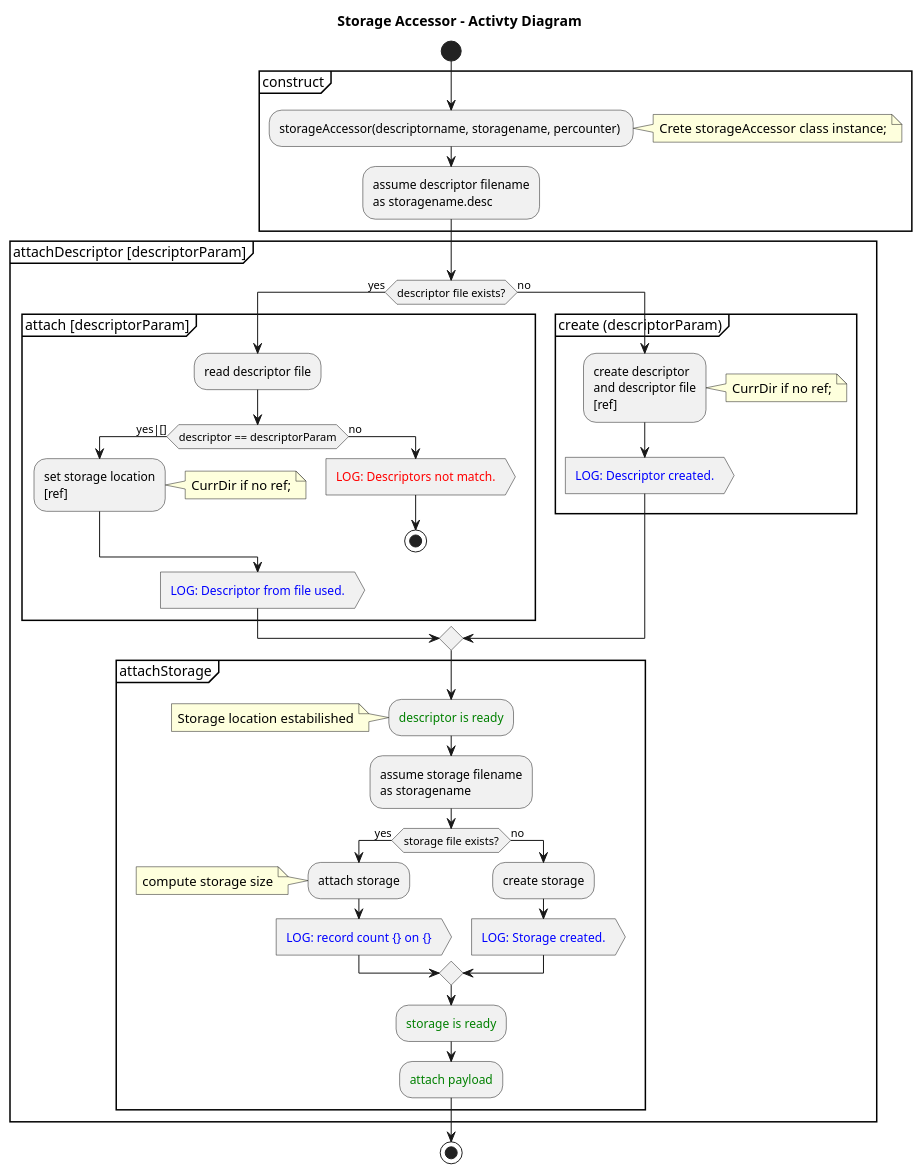
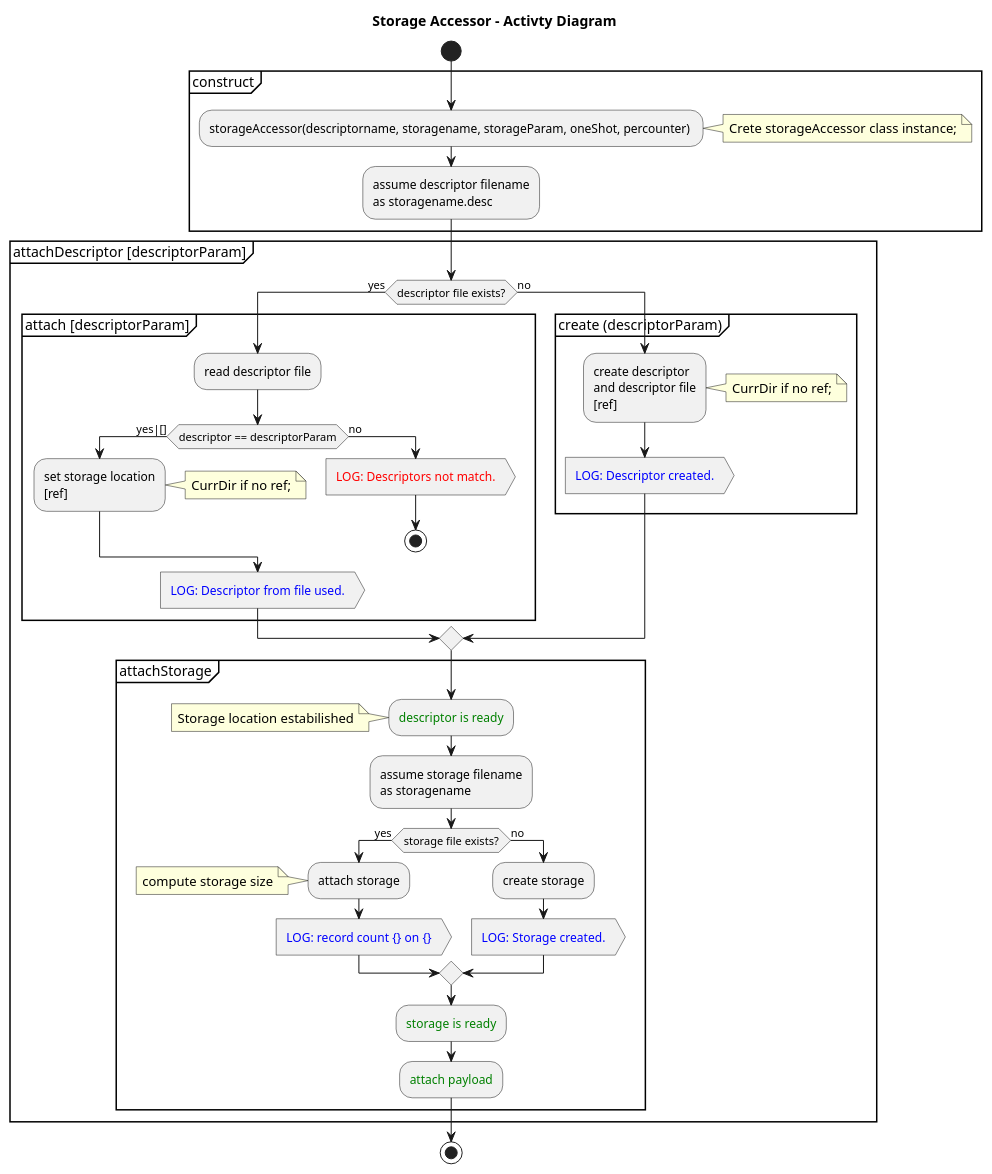
One commit to michalwidera/retractordb changed the diagram in src/rdb/UML/rdb-storageaccessor.puml. Above: the diagram before and after it, drawn with PlantUML. The commit also changed 71 other files, not shown here.

```diff
--- a/src/rdb/UML/rdb-storageaccessor.puml
+++ b/src/rdb/UML/rdb-storageaccessor.puml
@@ -1,66 +1,66 @@
 @startuml
 
 /' To preview in VSCode: Alt-D '/
 
 title Storage Accessor - Activty Diagram
 
 start
 
 partition "construct" {
-:storageAccessor(descriptorname, storagename, percounter) ;
+:storageAccessor(descriptorname, storagename, storageParam, oneShot, percounter) ;
 note right: Crete storageAccessor class instance;
 
 :assume descriptor filename
 as storagename.desc;
 }
 
 partition "attachDescriptor [descriptorParam]" {
 if (descriptor file exists?) then (yes)
 	partition "attach [descriptorParam]" {
   :read descriptor file;
   if (descriptor == descriptorParam) then (yes|[])
     :set storage location
     [ref];
     note right: CurrDir if no ref;
   else (no)
     :<color:red>LOG: Descriptors not match.>
     stop
   endif
   :<color blue>LOG: Descriptor from file used.>
   }
 else (no)
 	partition "create (descriptorParam)" {
 	  :create descriptor
 	  and descriptor file
 	  [ref];
 	  note right: CurrDir if no ref;
 	  :<color blue>LOG: Descriptor created.>
 	}
 endif
 
 partition "attachStorage" {
   :<color:green>descriptor is ready;
 
   note left: Storage location estabilished
 
   :assume storage filename
   as storagename;
 
   if (storage file exists?) then (yes)
     :attach storage;
     note left: compute storage size
     :<color blue>LOG: record count {} on {}>
   else (no)
     :create storage;
     :<color blue>LOG: Storage created.>
   endif
 
   :<color:green>storage is ready;
   :<color:green>attach payload;
 }
 
 }
 
 stop
 
 @enduml
```
